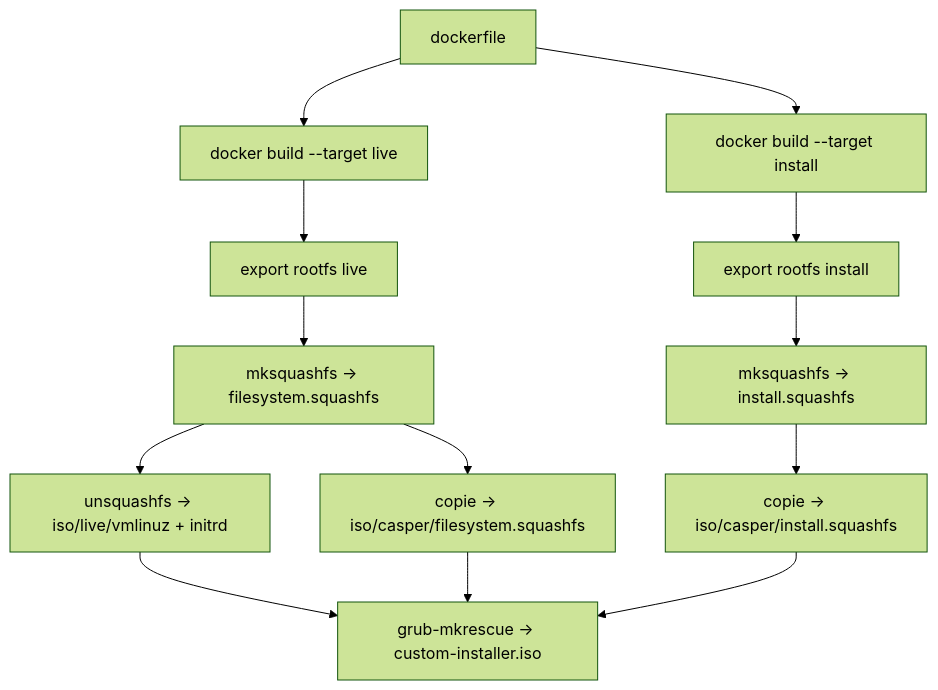
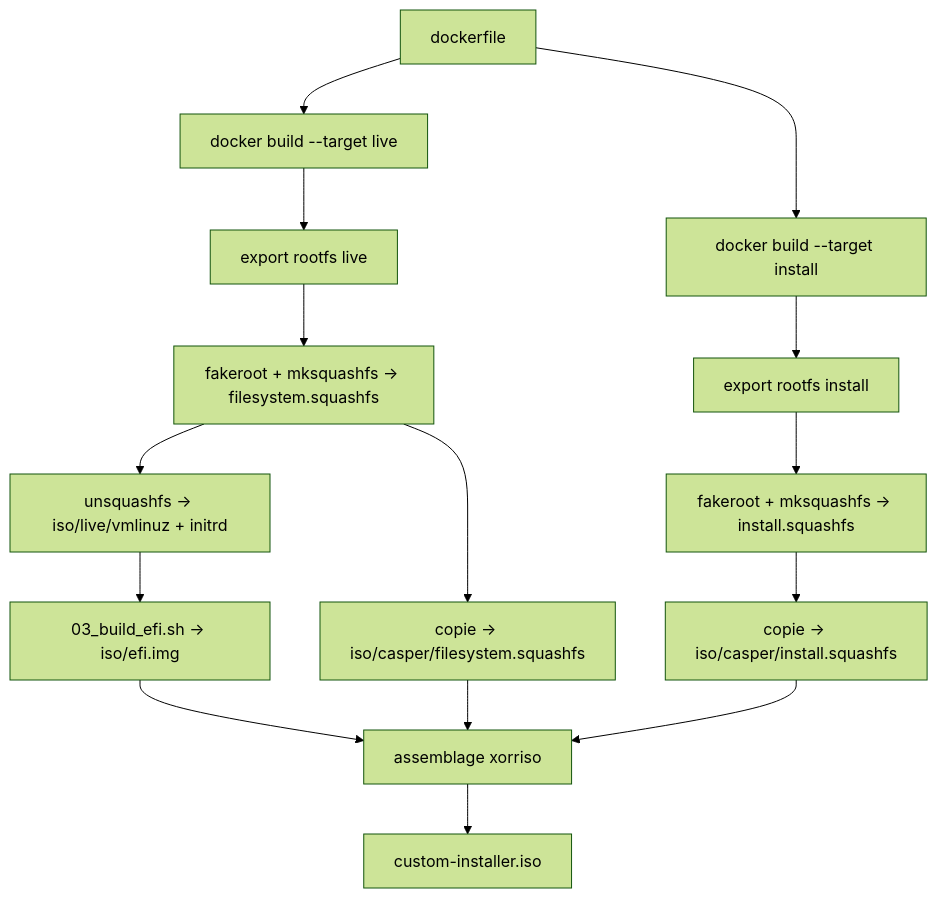
One commit to FlorianSoler/docker2iso changed the diagram in README.md. Above: the diagram before and after it, drawn with Mermaid (forest theme). The commit also changed other lines of this file and 11 other files, not shown here.

````diff
--- a/README.md
+++ b/README.md
@@ -32,15 +46,17 @@
 ```mermaid
 flowchart TD
   A[dockerfile] --> B1[docker build --target live]
   A --> B2[docker build --target install]
   B1 --> C1[export rootfs live]
   B2 --> C2[export rootfs install]
-  C1 --> D1[mksquashfs -> filesystem.squashfs]
-  C2 --> D2[mksquashfs -> install.squashfs]
+  C1 --> D1[fakeroot + mksquashfs -> filesystem.squashfs]
+  C2 --> D2[fakeroot + mksquashfs -> install.squashfs]
   D1 --> E[unsquashfs -> iso/live/vmlinuz + initrd]
   D1 --> F[copie -> iso/casper/filesystem.squashfs]
   D2 --> G[copie -> iso/casper/install.squashfs]
-  E --> H[grub-mkrescue -> custom-installer.iso]
-  F --> H
-  G --> H
+  E --> H[03_build_efi.sh -> iso/efi.img]
+  F --> I[assemblage xorriso]
+  G --> I
+  H --> I
+  I --> J[custom-installer.iso]
 ```
````
